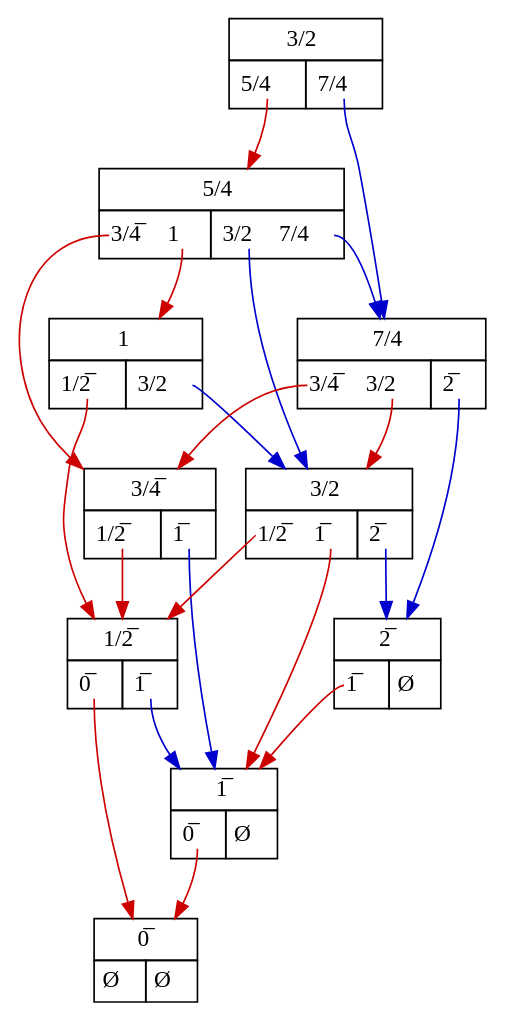
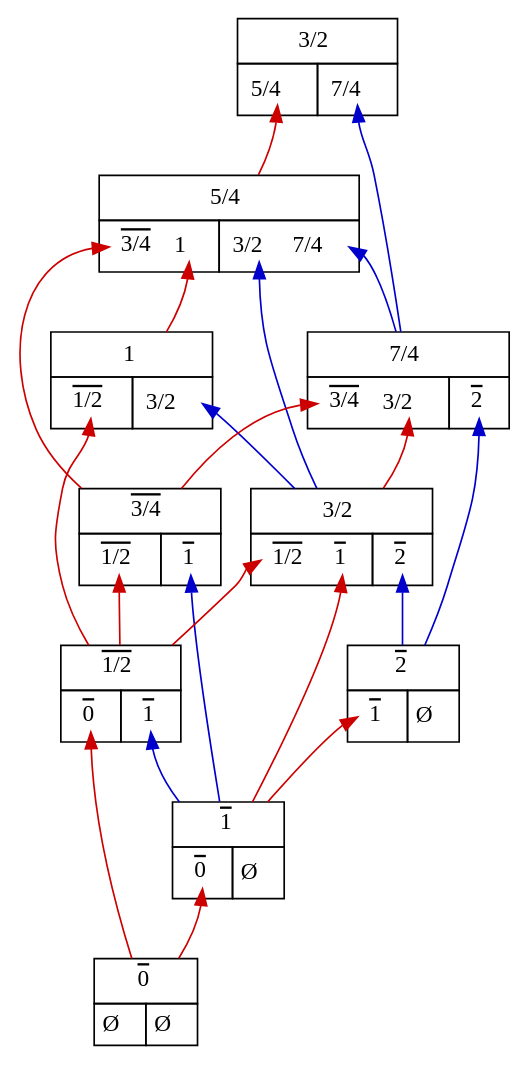
Before and after one commit to mroughan/SurrealNumbers.jl: the diagram in examples/Data/addition_ex_12.dot, drawn with Graphviz. The commit also changed 60 other files, not shown here.

```diff
--- a/examples/Data/addition_ex_12.dot
+++ b/examples/Data/addition_ex_12.dot
@@ -1,82 +1,82 @@
 digraph "1.5" {
    node_1 [shape=none,margin=0,label=
          <<TABLE BORDER="0" CELLBORDER="1" CELLSPACING="0" CELLPADDING="4">
-         <TR><TD COLSPAN="2">3/2</TD></TR>
-         <TR><TD PORT="L"> <TABLE BORDER="0" CELLBORDER="0" CELLPADDING="0"><TR><TD PORT="5/4,1"> 5/4 </TD> &nbsp; </TR></TABLE> </TD><TD PORT="R"> <TABLE BORDER="0" CELLBORDER="0" CELLPADDING="0"><TR><TD PORT="7/4,1"> 7/4 </TD> &nbsp; </TR></TABLE> </TD></TR>
+         <TR><TD  CELLPADDING="5pt" COLSPAN="2">3/2</TD></TR>
+         <TR><TD PORT="L"> <TABLE BORDER="0" CELLBORDER="0" CELLPADDING="0"><TR><TD CELLPADDING="1pt" PORT="5/4,1"> 5/4 </TD> &nbsp; </TR></TABLE> </TD><TD PORT="R"> <TABLE BORDER="0" CELLBORDER="0" CELLPADDING="0"><TR><TD CELLPADDING="1pt"  PORT="7/4,1"> 7/4 </TD> &nbsp; </TR></TABLE> </TD></TR>
          </TABLE>>,
          ];
-   node_1:"5/4,1" -> node_2 [color="red3", dir=forward];
+   node_1:"5/4,1" -> node_2 [color="red3", dir=back];
    node_2 [shape=none,margin=0,label=
          <<TABLE BORDER="0" CELLBORDER="1" CELLSPACING="0" CELLPADDING="4">
-         <TR><TD COLSPAN="2">5/4</TD></TR>
-         <TR><TD PORT="L"> <TABLE BORDER="0" CELLBORDER="0" CELLPADDING="0"><TR><TD PORT="3/4,1"> 3/4̅ </TD> &nbsp; <TD PORT="1,2"> 1 </TD> &nbsp; </TR></TABLE> </TD><TD PORT="R"> <TABLE BORDER="0" CELLBORDER="0" CELLPADDING="0"><TR><TD PORT="3/2,1"> 3/2 </TD> &nbsp; <TD PORT="7/4,2"> 7/4 </TD> &nbsp; </TR></TABLE> </TD></TR>
+         <TR><TD  CELLPADDING="5pt" COLSPAN="2">5/4</TD></TR>
+         <TR><TD PORT="L"> <TABLE BORDER="0" CELLBORDER="0" CELLPADDING="0"><TR><TD CELLPADDING="1pt" PORT="3/4,1"> <o>3/4</o> </TD> &nbsp; <TD CELLPADDING="1pt" PORT="1,2"> 1 </TD> &nbsp; </TR></TABLE> </TD><TD PORT="R"> <TABLE BORDER="0" CELLBORDER="0" CELLPADDING="0"><TR><TD CELLPADDING="1pt"  PORT="3/2,1"> 3/2 </TD> &nbsp; <TD CELLPADDING="1pt"  PORT="7/4,2"> 7/4 </TD> &nbsp; </TR></TABLE> </TD></TR>
          </TABLE>>,
          ];
-   node_2:"3/4,1" -> node_3 [color="red3", dir=forward];
+   node_2:"3/4,1" -> node_3 [color="red3", dir=back];
    node_3 [shape=none,margin=0,label=
          <<TABLE BORDER="0" CELLBORDER="1" CELLSPACING="0" CELLPADDING="4">
-         <TR><TD COLSPAN="2">3/4̅</TD></TR>
-         <TR><TD PORT="L"> <TABLE BORDER="0" CELLBORDER="0" CELLPADDING="0"><TR><TD PORT="1/2,1"> 1/2̅ </TD> &nbsp; </TR></TABLE> </TD><TD PORT="R"> <TABLE BORDER="0" CELLBORDER="0" CELLPADDING="0"><TR><TD PORT="1,1"> 1̅ </TD> &nbsp; </TR></TABLE> </TD></TR>
+         <TR><TD  CELLPADDING="5pt" COLSPAN="2"><o>3/4</o></TD></TR>
+         <TR><TD PORT="L"> <TABLE BORDER="0" CELLBORDER="0" CELLPADDING="0"><TR><TD CELLPADDING="1pt" PORT="1/2,1"> <o>1/2</o> </TD> &nbsp; </TR></TABLE> </TD><TD PORT="R"> <TABLE BORDER="0" CELLBORDER="0" CELLPADDING="0"><TR><TD CELLPADDING="1pt"  PORT="1,1"> <o>1</o> </TD> &nbsp; </TR></TABLE> </TD></TR>
          </TABLE>>,
          ];
-   node_3:"1/2,1" -> node_4 [color="red3", dir=forward];
+   node_3:"1/2,1" -> node_4 [color="red3", dir=back];
    node_4 [shape=none,margin=0,label=
          <<TABLE BORDER="0" CELLBORDER="1" CELLSPACING="0" CELLPADDING="4">
-         <TR><TD COLSPAN="2">1/2̅</TD></TR>
-         <TR><TD PORT="L"> <TABLE BORDER="0" CELLBORDER="0" CELLPADDING="0"><TR><TD PORT="0,1"> 0̅ </TD> &nbsp; </TR></TABLE> </TD><TD PORT="R"> <TABLE BORDER="0" CELLBORDER="0" CELLPADDING="0"><TR><TD PORT="1,1"> 1̅ </TD> &nbsp; </TR></TABLE> </TD></TR>
+         <TR><TD  CELLPADDING="5pt" COLSPAN="2"><o>1/2</o></TD></TR>
+         <TR><TD PORT="L"> <TABLE BORDER="0" CELLBORDER="0" CELLPADDING="0"><TR><TD CELLPADDING="1pt" PORT="0,1"> <o>0</o> </TD> &nbsp; </TR></TABLE> </TD><TD PORT="R"> <TABLE BORDER="0" CELLBORDER="0" CELLPADDING="0"><TR><TD CELLPADDING="1pt"  PORT="1,1"> <o>1</o> </TD> &nbsp; </TR></TABLE> </TD></TR>
          </TABLE>>,
          ];
-   node_4:"0,1" -> node_5 [color="red3", dir=forward];
+   node_4:"0,1" -> node_5 [color="red3", dir=back];
    node_5 [shape=none,margin=0,label=
          <<TABLE BORDER="0" CELLBORDER="1" CELLSPACING="0" CELLPADDING="4">
-         <TR><TD COLSPAN="2">0̅</TD></TR>
+         <TR><TD  CELLPADDING="5pt" COLSPAN="2"><o>0</o></TD></TR>
          <TR><TD PORT="L"> Ø </TD><TD PORT="R"> Ø </TD></TR>
          </TABLE>>,
          ];
-   node_4:"1,1" -> node_6 [color="blue3", dir=forward];
+   node_4:"1,1" -> node_6 [color="blue3", dir=back];
    node_6 [shape=none,margin=0,label=
          <<TABLE BORDER="0" CELLBORDER="1" CELLSPACING="0" CELLPADDING="4">
-         <TR><TD COLSPAN="2">1̅</TD></TR>
-         <TR><TD PORT="L"> <TABLE BORDER="0" CELLBORDER="0" CELLPADDING="0"><TR><TD PORT="0,1"> 0̅ </TD> &nbsp; </TR></TABLE> </TD><TD PORT="R"> Ø </TD></TR>
+         <TR><TD  CELLPADDING="5pt" COLSPAN="2"><o>1</o></TD></TR>
+         <TR><TD PORT="L"> <TABLE BORDER="0" CELLBORDER="0" CELLPADDING="0"><TR><TD CELLPADDING="1pt" PORT="0,1"> <o>0</o> </TD> &nbsp; </TR></TABLE> </TD><TD PORT="R"> Ø </TD></TR>
          </TABLE>>,
          ];
-   node_6:"0,1" -> node_5 [color="red3", dir=forward];
-   node_3:"1,1" -> node_6 [color="blue3", dir=forward];
-   node_2:"1,2" -> node_7 [color="red3", dir=forward];
+   node_6:"0,1" -> node_5 [color="red3", dir=back];
+   node_3:"1,1" -> node_6 [color="blue3", dir=back];
+   node_2:"1,2" -> node_7 [color="red3", dir=back];
    node_7 [shape=none,margin=0,label=
          <<TABLE BORDER="0" CELLBORDER="1" CELLSPACING="0" CELLPADDING="4">
-         <TR><TD COLSPAN="2">1</TD></TR>
-         <TR><TD PORT="L"> <TABLE BORDER="0" CELLBORDER="0" CELLPADDING="0"><TR><TD PORT="1/2,1"> 1/2̅ </TD> &nbsp; </TR></TABLE> </TD><TD PORT="R"> <TABLE BORDER="0" CELLBORDER="0" CELLPADDING="0"><TR><TD PORT="3/2,1"> 3/2 </TD> &nbsp; </TR></TABLE> </TD></TR>
+         <TR><TD  CELLPADDING="5pt" COLSPAN="2">1</TD></TR>
+         <TR><TD PORT="L"> <TABLE BORDER="0" CELLBORDER="0" CELLPADDING="0"><TR><TD CELLPADDING="1pt" PORT="1/2,1"> <o>1/2</o> </TD> &nbsp; </TR></TABLE> </TD><TD PORT="R"> <TABLE BORDER="0" CELLBORDER="0" CELLPADDING="0"><TR><TD CELLPADDING="1pt"  PORT="3/2,1"> 3/2 </TD> &nbsp; </TR></TABLE> </TD></TR>
          </TABLE>>,
          ];
-   node_7:"1/2,1" -> node_4 [color="red3", dir=forward];
-   node_7:"3/2,1" -> node_8 [color="blue3", dir=forward];
+   node_7:"1/2,1" -> node_4 [color="red3", dir=back];
+   node_7:"3/2,1" -> node_8 [color="blue3", dir=back];
    node_8 [shape=none,margin=0,label=
          <<TABLE BORDER="0" CELLBORDER="1" CELLSPACING="0" CELLPADDING="4">
-         <TR><TD COLSPAN="2">3/2</TD></TR>
-         <TR><TD PORT="L"> <TABLE BORDER="0" CELLBORDER="0" CELLPADDING="0"><TR><TD PORT="1/2,1"> 1/2̅ </TD> &nbsp; <TD PORT="1,2"> 1̅ </TD> &nbsp; </TR></TABLE> </TD><TD PORT="R"> <TABLE BORDER="0" CELLBORDER="0" CELLPADDING="0"><TR><TD PORT="2,1"> 2̅ </TD> &nbsp; </TR></TABLE> </TD></TR>
+         <TR><TD  CELLPADDING="5pt" COLSPAN="2">3/2</TD></TR>
+         <TR><TD PORT="L"> <TABLE BORDER="0" CELLBORDER="0" CELLPADDING="0"><TR><TD CELLPADDING="1pt" PORT="1/2,1"> <o>1/2</o> </TD> &nbsp; <TD CELLPADDING="1pt" PORT="1,2"> <o>1</o> </TD> &nbsp; </TR></TABLE> </TD><TD PORT="R"> <TABLE BORDER="0" CELLBORDER="0" CELLPADDING="0"><TR><TD CELLPADDING="1pt"  PORT="2,1"> <o>2</o> </TD> &nbsp; </TR></TABLE> </TD></TR>
          </TABLE>>,
          ];
-   node_8:"1/2,1" -> node_4 [color="red3", dir=forward];
-   node_8:"1,2" -> node_6 [color="red3", dir=forward];
-   node_8:"2,1" -> node_9 [color="blue3", dir=forward];
+   node_8:"1/2,1" -> node_4 [color="red3", dir=back];
+   node_8:"1,2" -> node_6 [color="red3", dir=back];
+   node_8:"2,1" -> node_9 [color="blue3", dir=back];
    node_9 [shape=none,margin=0,label=
          <<TABLE BORDER="0" CELLBORDER="1" CELLSPACING="0" CELLPADDING="4">
-         <TR><TD COLSPAN="2">2̅</TD></TR>
-         <TR><TD PORT="L"> <TABLE BORDER="0" CELLBORDER="0" CELLPADDING="0"><TR><TD PORT="1,1"> 1̅ </TD> &nbsp; </TR></TABLE> </TD><TD PORT="R"> Ø </TD></TR>
+         <TR><TD  CELLPADDING="5pt" COLSPAN="2"><o>2</o></TD></TR>
+         <TR><TD PORT="L"> <TABLE BORDER="0" CELLBORDER="0" CELLPADDING="0"><TR><TD CELLPADDING="1pt" PORT="1,1"> <o>1</o> </TD> &nbsp; </TR></TABLE> </TD><TD PORT="R"> Ø </TD></TR>
          </TABLE>>,
          ];
-   node_9:"1,1" -> node_6 [color="red3", dir=forward];
-   node_2:"3/2,1" -> node_8 [color="blue3", dir=forward];
-   node_2:"7/4,2" -> node_10 [color="blue3", dir=forward];
+   node_9:"1,1" -> node_6 [color="red3", dir=back];
+   node_2:"3/2,1" -> node_8 [color="blue3", dir=back];
+   node_2:"7/4,2" -> node_10 [color="blue3", dir=back];
    node_10 [shape=none,margin=0,label=
          <<TABLE BORDER="0" CELLBORDER="1" CELLSPACING="0" CELLPADDING="4">
-         <TR><TD COLSPAN="2">7/4</TD></TR>
-         <TR><TD PORT="L"> <TABLE BORDER="0" CELLBORDER="0" CELLPADDING="0"><TR><TD PORT="3/4,1"> 3/4̅ </TD> &nbsp; <TD PORT="3/2,2"> 3/2 </TD> &nbsp; </TR></TABLE> </TD><TD PORT="R"> <TABLE BORDER="0" CELLBORDER="0" CELLPADDING="0"><TR><TD PORT="2,1"> 2̅ </TD> &nbsp; </TR></TABLE> </TD></TR>
+         <TR><TD  CELLPADDING="5pt" COLSPAN="2">7/4</TD></TR>
+         <TR><TD PORT="L"> <TABLE BORDER="0" CELLBORDER="0" CELLPADDING="0"><TR><TD CELLPADDING="1pt" PORT="3/4,1"> <o>3/4</o> </TD> &nbsp; <TD CELLPADDING="1pt" PORT="3/2,2"> 3/2 </TD> &nbsp; </TR></TABLE> </TD><TD PORT="R"> <TABLE BORDER="0" CELLBORDER="0" CELLPADDING="0"><TR><TD CELLPADDING="1pt"  PORT="2,1"> <o>2</o> </TD> &nbsp; </TR></TABLE> </TD></TR>
          </TABLE>>,
          ];
-   node_10:"3/4,1" -> node_3 [color="red3", dir=forward];
-   node_10:"3/2,2" -> node_8 [color="red3", dir=forward];
-   node_10:"2,1" -> node_9 [color="blue3", dir=forward];
-   node_1:"7/4,1" -> node_10 [color="blue3", dir=forward];
+   node_10:"3/4,1" -> node_3 [color="red3", dir=back];
+   node_10:"3/2,2" -> node_8 [color="red3", dir=back];
+   node_10:"2,1" -> node_9 [color="blue3", dir=back];
+   node_1:"7/4,1" -> node_10 [color="blue3", dir=back];
 }
```
